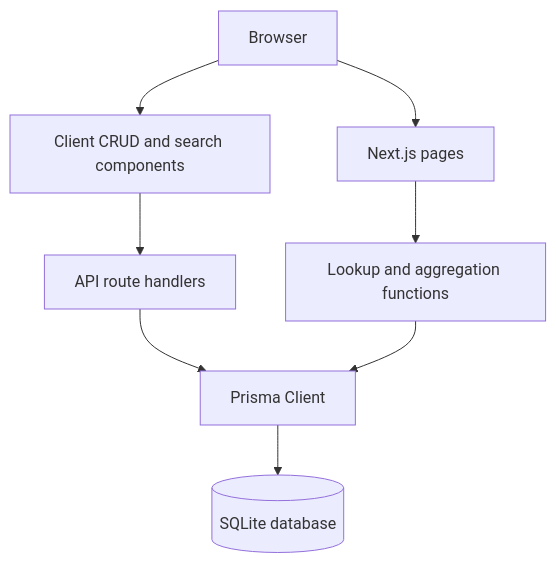
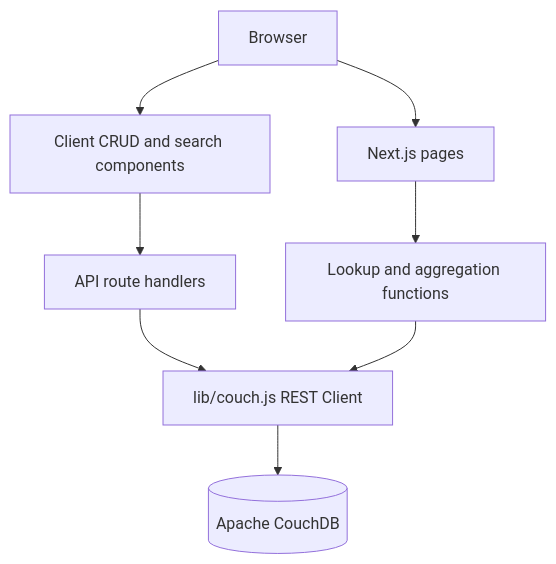
One commit to HarshitTaneja006/DBMS_PROJECT changed the first of 3 diagrams in README.md. Above: the diagram before and after it, drawn with Mermaid. The commit also changed other lines of this file and 15 other files, not shown here.

````diff
--- a/README.md
+++ b/README.md
@@ -108,10 +106,10 @@
 ```mermaid
 flowchart TD
     Browser[Browser] --> Pages[Next.js pages]
     Browser --> Client[Client CRUD and search components]
     Client --> API[API route handlers]
     Pages --> Lookup[Lookup and aggregation functions]
-    API --> Prisma[Prisma Client]
-    Lookup --> Prisma
-    Prisma --> SQLite[(SQLite database)]
+    API --> Couch[lib/couch.js REST Client]
+    Lookup --> Couch
+    Couch --> CouchDB[(Apache CouchDB)]
 ```
````
